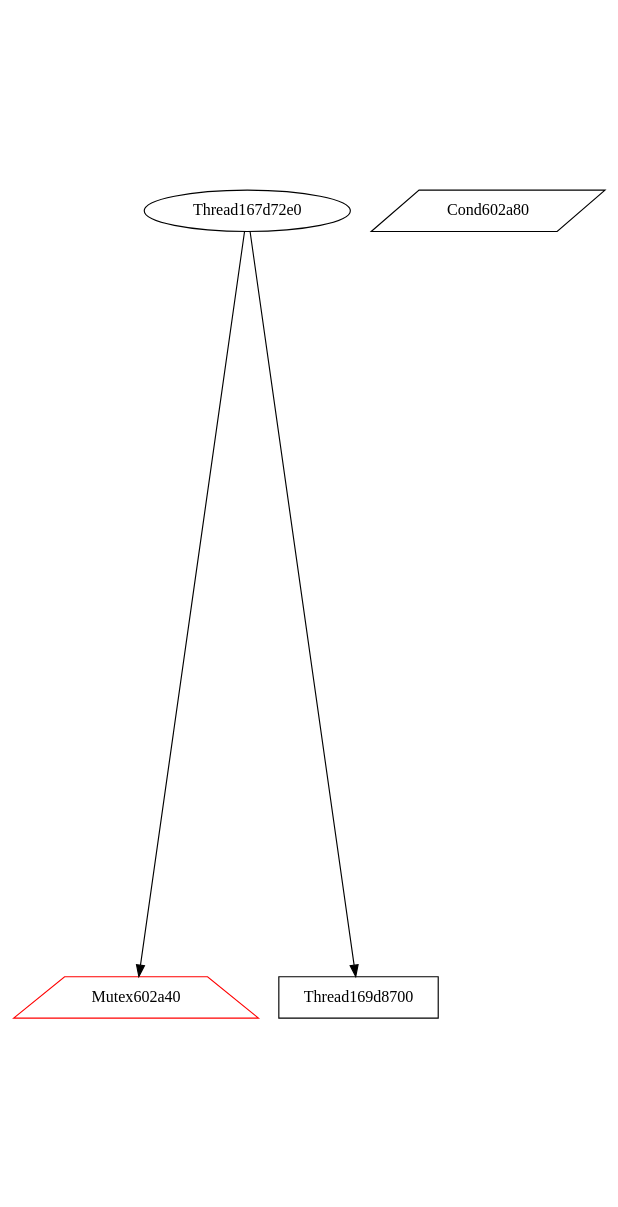
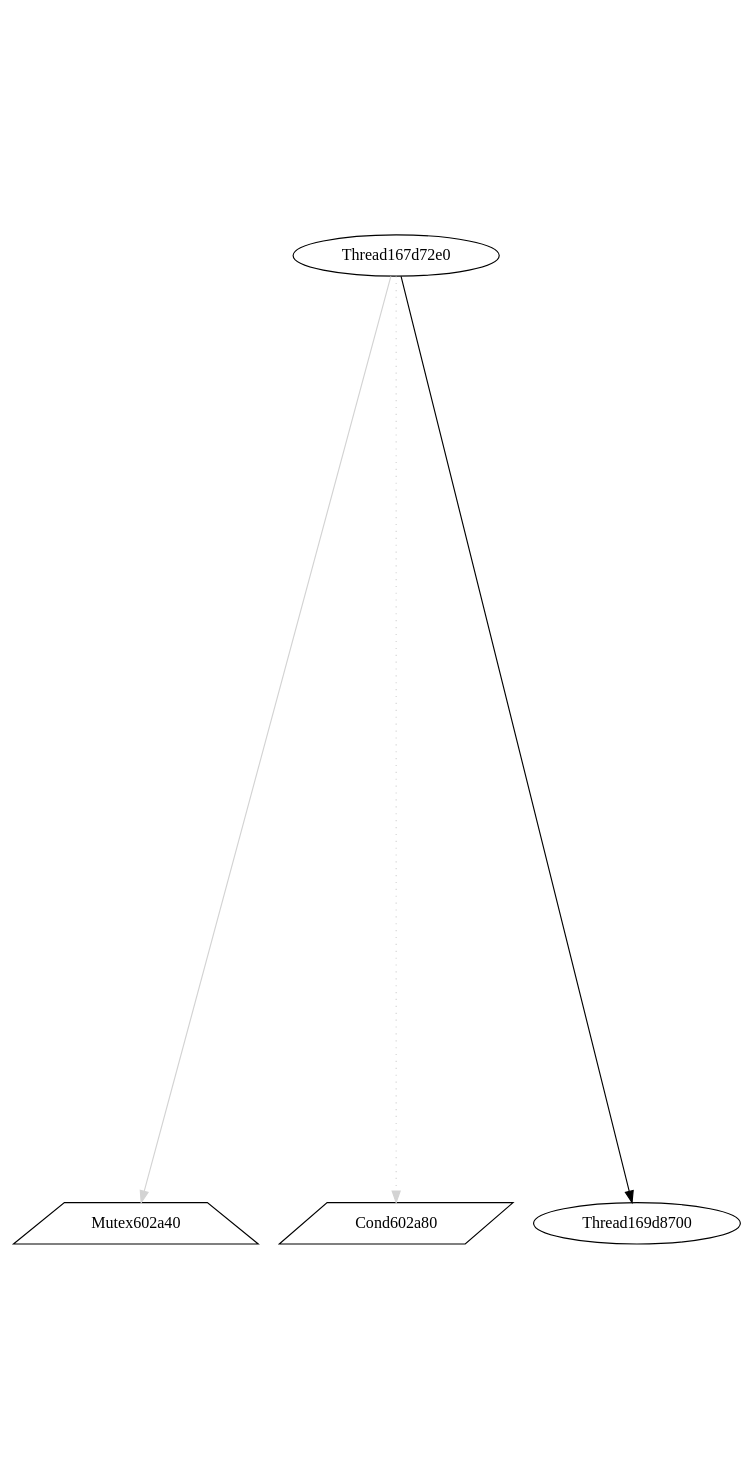
One commit to v4o6/cs410 changed the diagram in view/dot/graph033.dot. Above: the diagram before and after it, drawn with Graphviz. The commit also changed 286 other files, not shown here.

```diff
--- a/view/dot/graph033.dot
+++ b/view/dot/graph033.dot
@@ -1,8 +1,10 @@
 digraph G {
 graph[center=true, ratio=2];
-Mutex602a40 [shape=trapezium,color=red];
+Mutex602a40 [shape=trapezium,color=black];
 Cond602a80 [shape=parallelogram,color=black];
-Thread169d8700 [shape=box,color=black];
-Thread167d72e0 -> Mutex602a40 [arrowhead=normal,color=black];
+Thread169d8700 [color=black];
+Thread167d72e0 [color=black];
+Thread167d72e0 -> Mutex602a40 [arrowhead=normal,color=lightgray];
+Thread167d72e0 -> Cond602a80 [style=dotted,color=lightgray];
 Thread167d72e0 -> Thread169d8700 [arrowhead=normal];
 }
```
